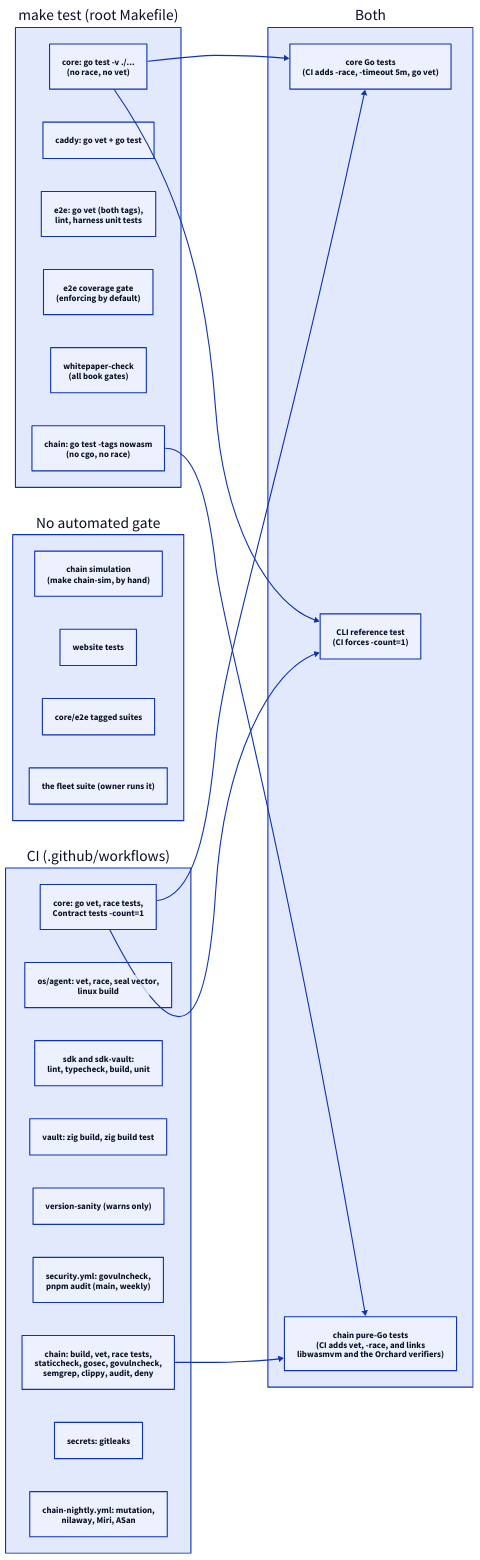
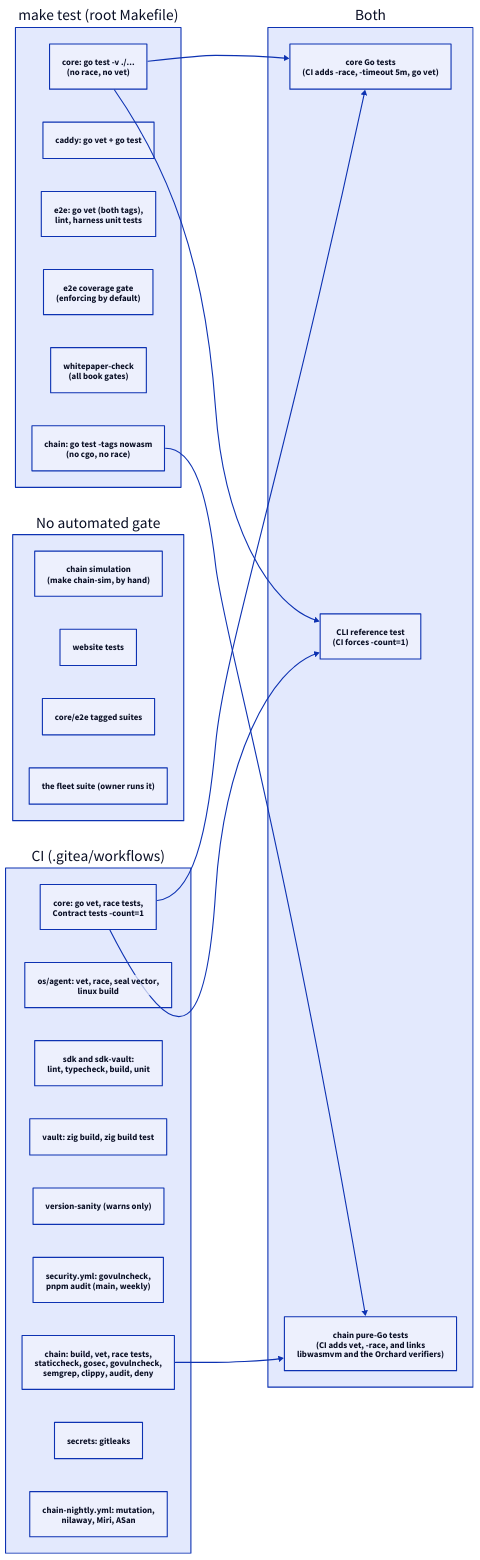
The diagram in docs/whitepaper/technical-reference/diagrams/ch34-ci-vs-make.d2 (DeBrosOfficial/network), drawn with D2 before and after one commit. The commit also changed 77 other files, not shown here.

```diff
--- a/docs/whitepaper/technical-reference/diagrams/ch34-ci-vs-make.d2
+++ b/docs/whitepaper/technical-reference/diagrams/ch34-ci-vs-make.d2
@@ -1,42 +1,42 @@
 direction: right
 
 mk: "make test (root Makefile)" {
   a: "core: go test -v ./...\n(no race, no vet)"
   b: "caddy: go vet + go test"
   c: "e2e: go vet (both tags),\nlint, harness unit tests"
   d: "e2e coverage gate\n(enforcing by default)"
   e: "whitepaper-check\n(all book gates)"
   f: "chain: go test -tags nowasm\n(no cgo, no race)"
 }
 
 both: "Both" {
   x: "core Go tests\n(CI adds -race, -timeout 5m, go vet)"
   y: "CLI reference test\n(CI forces -count=1)"
   z: "chain pure-Go tests\n(CI adds vet, -race, and links\nlibwasmvm and the Orchard verifiers)"
 }
 
-ci: "CI (.github/workflows)" {
+ci: "CI (.gitea/workflows)" {
   a: "core: go vet, race tests,\nContract tests -count=1"
   b: "os/agent: vet, race, seal vector,\nlinux build"
   c: "sdk and sdk-vault:\nlint, typecheck, build, unit"
   d: "vault: zig build, zig build test"
   e: "version-sanity (warns only)"
   f: "security.yml: govulncheck,\npnpm audit (main, weekly)"
   g: "chain: build, vet, race tests,\nstaticcheck, gosec, govulncheck,\nsemgrep, clippy, audit, deny"
   h: "secrets: gitleaks"
   i: "chain-nightly.yml: mutation,\nnilaway, Miri, ASan"
 }
 
 none: "No automated gate" {
   a: "chain simulation\n(make chain-sim, by hand)"
   b: "website tests"
   c: "core/e2e tagged suites"
   d: "the fleet suite (owner runs it)"
 }
 
 mk.a -> both.x
 ci.a -> both.x
 mk.a -> both.y
 ci.a -> both.y
 mk.f -> both.z
 ci.g -> both.z
```
